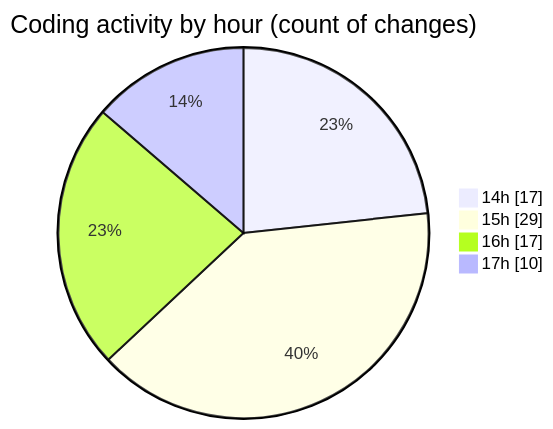
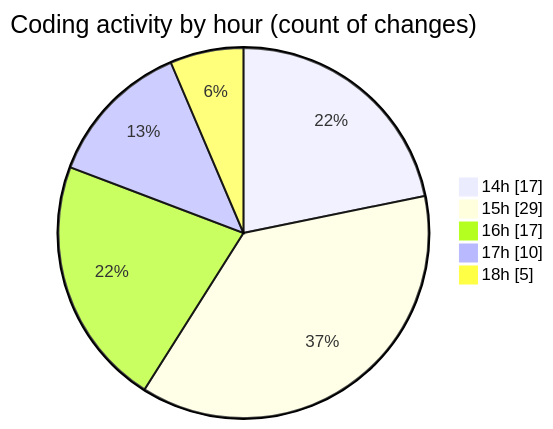
The second of 2 diagrams in 2025-04-10/trackers_app/README.md (donsfak/code-tracking), drawn with Mermaid before and after one commit. The commit also changed other lines of this file and 1 other file, not shown here.

````diff
--- a/2025-04-10/trackers_app/README.md
+++ b/2025-04-10/trackers_app/README.md
@@ -50,8 +50,9 @@
 ```mermaid
 pie showData
 title Coding activity by hour (count of changes)
 "14h" : 17
 "15h" : 29
 "16h" : 17
 "17h" : 10
+"18h" : 5
 ```
````
